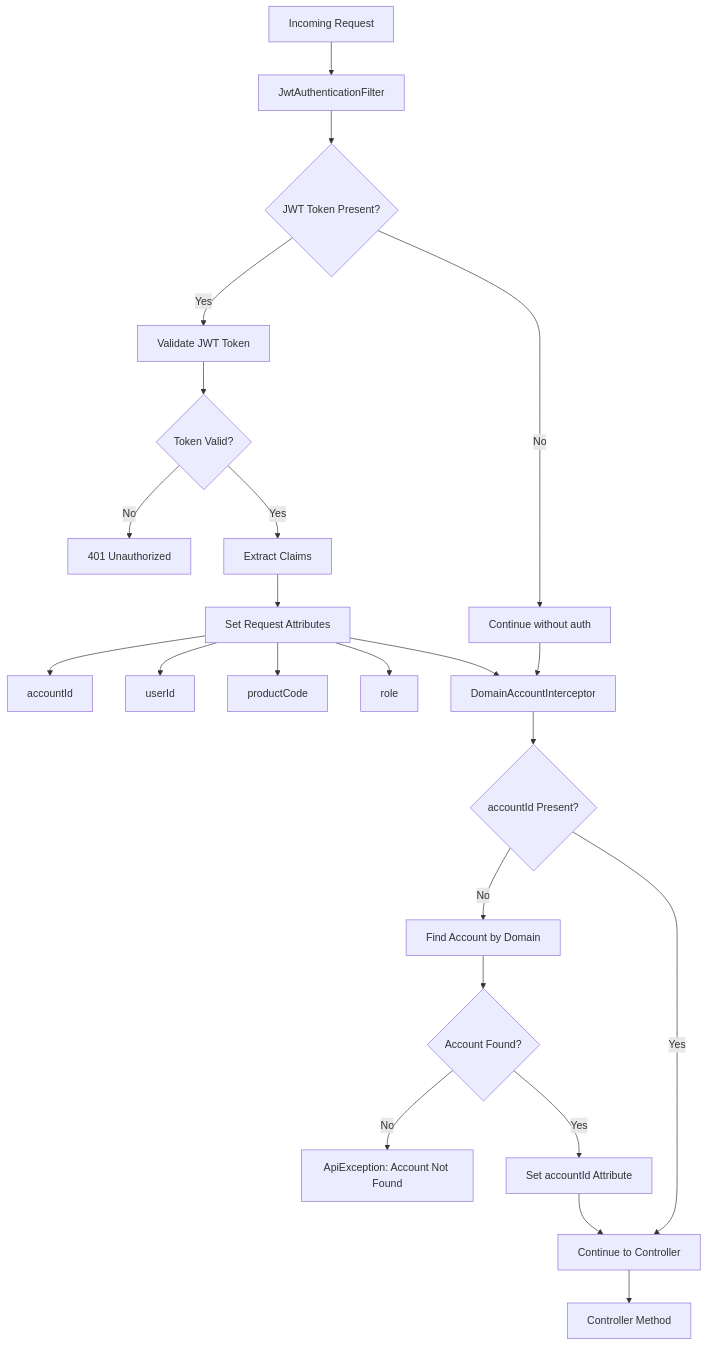
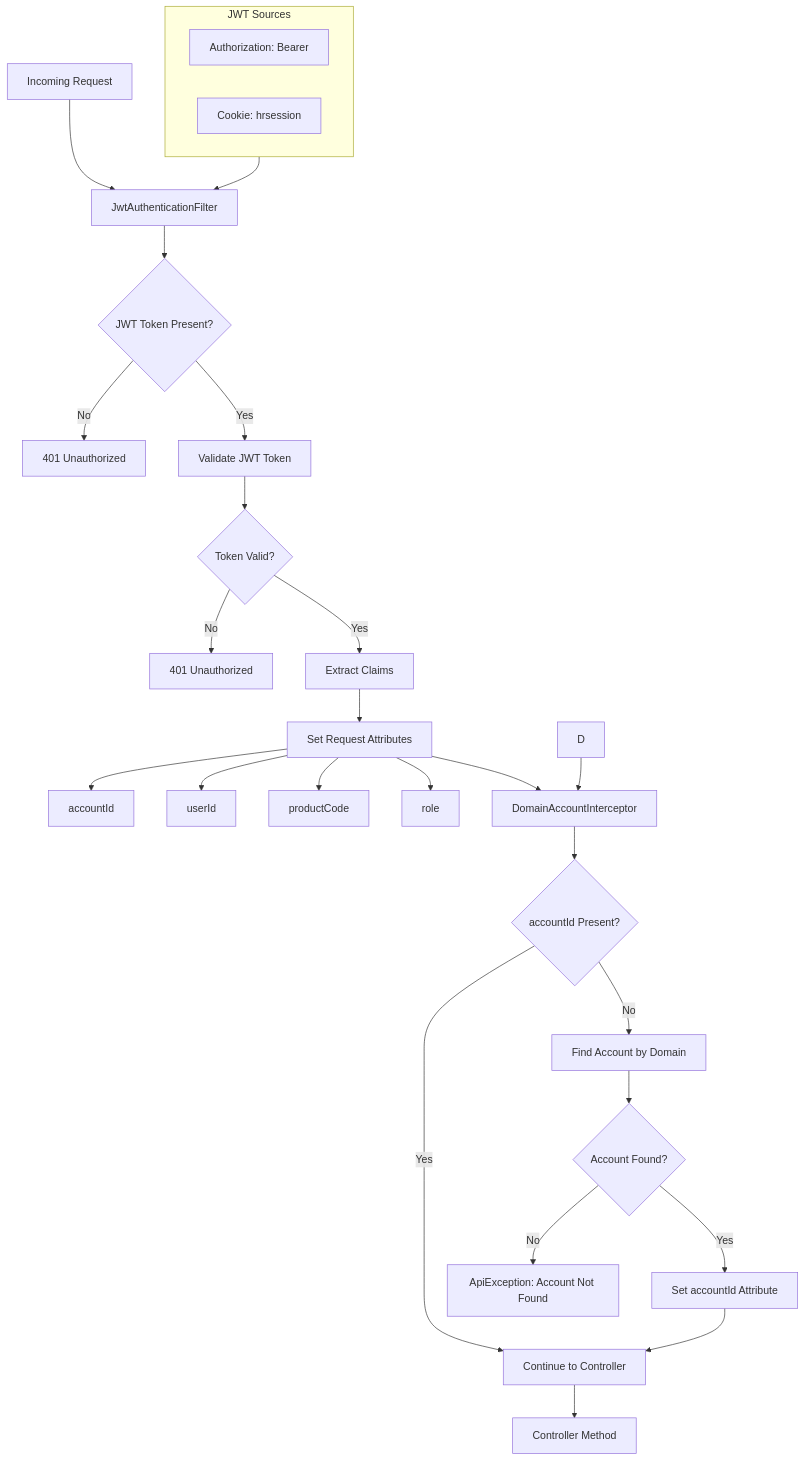
Before and after one commit to imprabu/delight-account-service: the fifth of 8 diagrams in application-flow-diagram.md, drawn with Mermaid. The commit also changed other lines of this file and 75 other files, not shown here.

````diff
--- a/application-flow-diagram.md
+++ b/application-flow-diagram.md
@@ -202,31 +216,37 @@
 ```mermaid
 flowchart TD
     A[Incoming Request] --> B[JwtAuthenticationFilter]
     B --> C{JWT Token Present?}
-    C -->|No| D[Continue without auth]
+    C -->|No| G1[401 Unauthorized]
     C -->|Yes| E[Validate JWT Token]
     
     E --> F{Token Valid?}
     F -->|No| G[401 Unauthorized]
     F -->|Yes| H[Extract Claims]
     
     H --> I[Set Request Attributes]
     I --> J[accountId]
     I --> K[userId]
     I --> L[productCode]
     I --> M[role]
     
     D --> N[DomainAccountInterceptor]
     I --> N
     
     N --> O{accountId Present?}
     O -->|Yes| P[Continue to Controller]
     O -->|No| Q[Find Account by Domain]
     
     Q --> R{Account Found?}
     R -->|No| S[ApiException: Account Not Found]
     R -->|Yes| T[Set accountId Attribute]
     T --> P
     
     P --> U[Controller Method]
+
+    subgraph Sources[JWT Sources]
+      src1[Authorization: Bearer <token>]
+      src2[Cookie: hrsession]
+    end
+    Sources --> B
 ```
````
